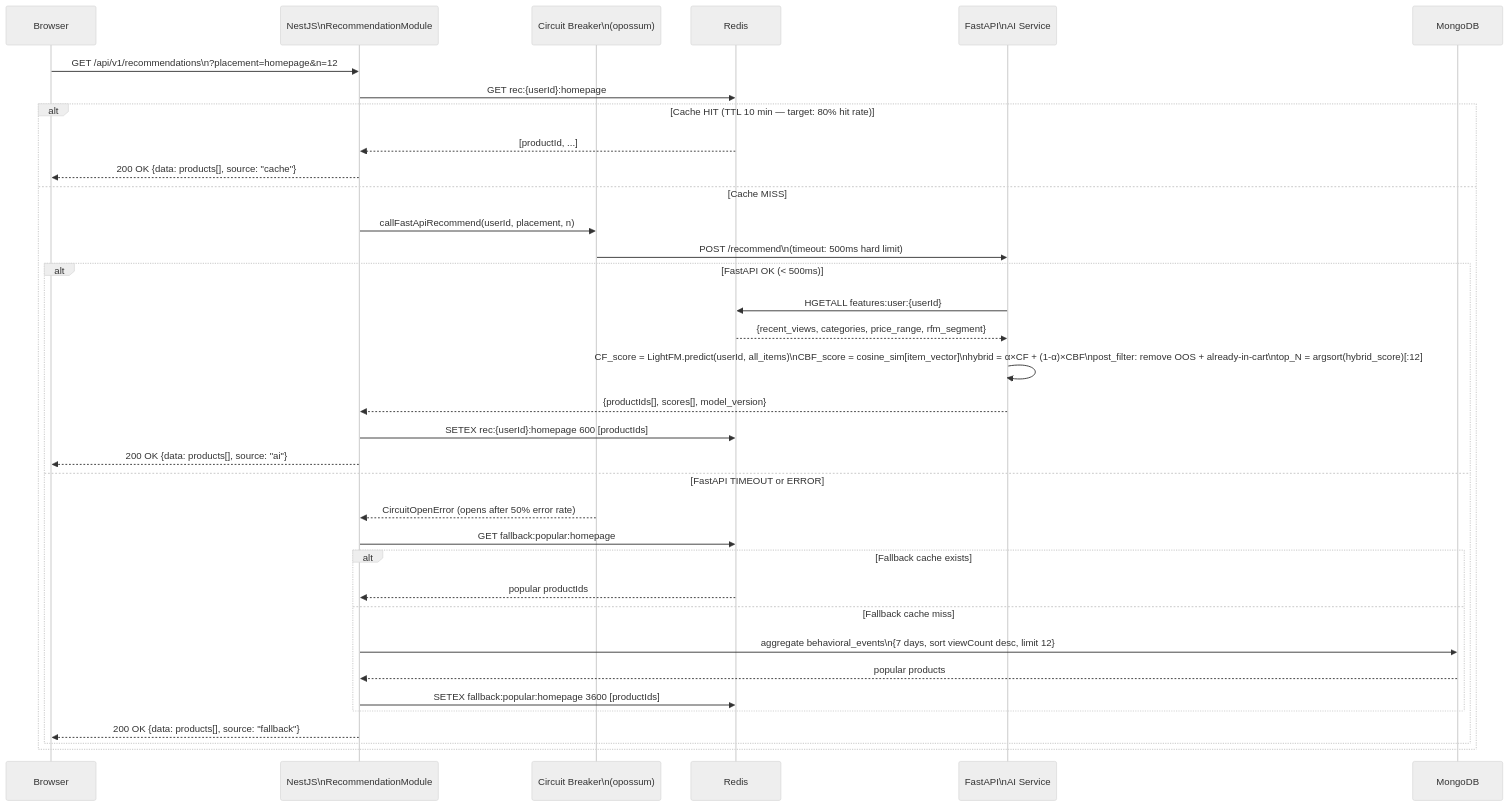
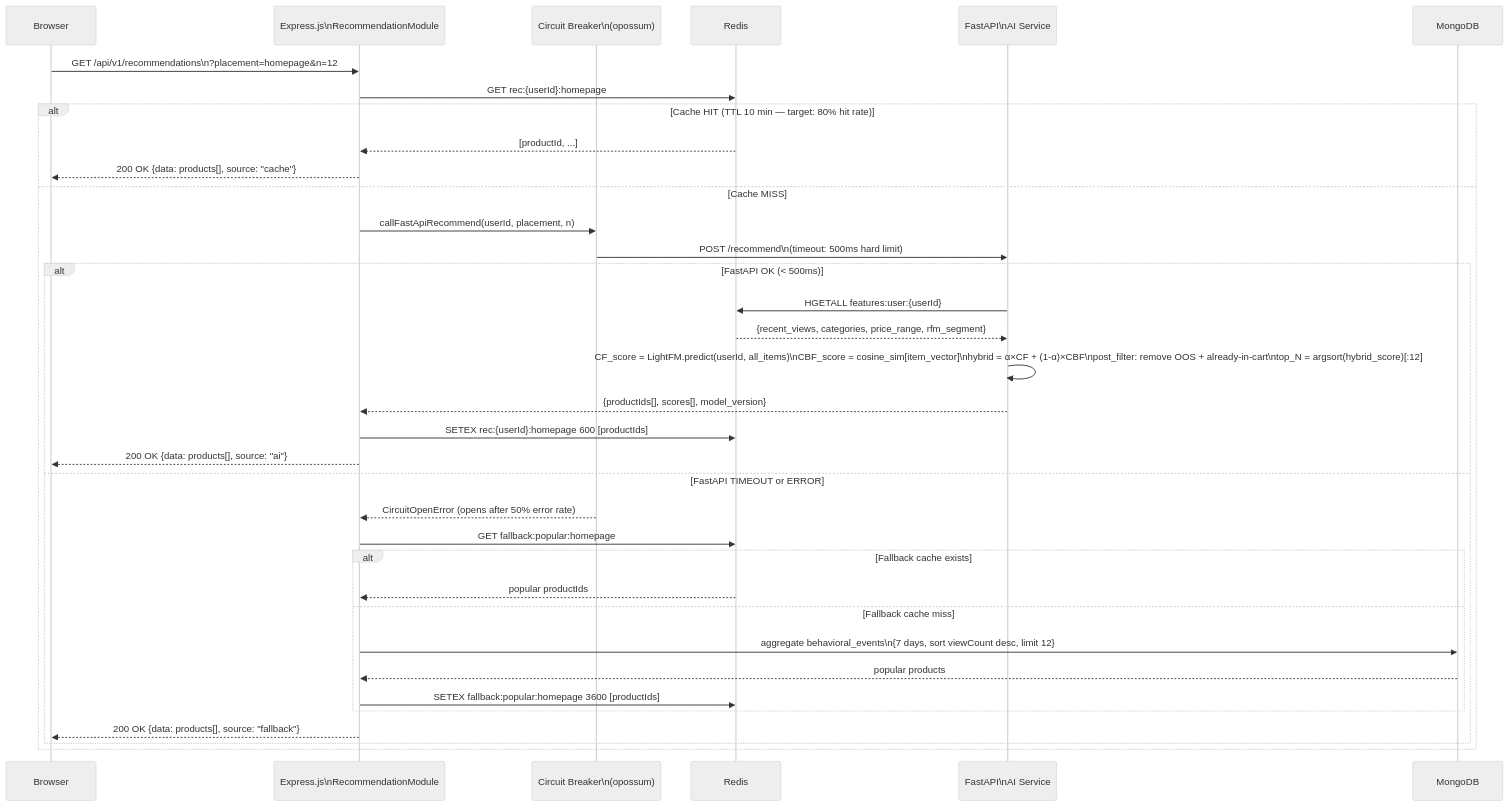
The fourth of 7 diagrams in docs/ARCHITECTURE.md (Neil-06-hub/SMART-ECOMMERCE-AI-SYSTEM-WORKFLOW-PUBLIC), drawn with Mermaid (neutral theme) before and after one commit. The commit also changed other lines of this file and 96 other files, not shown here.

````diff
--- a/docs/ARCHITECTURE.md
+++ b/docs/ARCHITECTURE.md
@@ -320,42 +320,42 @@
 ```mermaid
 sequenceDiagram
     participant Browser
-    participant NestJS as NestJS\nRecommendationModule
+    participant Express.js as Express.js\nRecommendationModule
     participant Circuit as Circuit Breaker\n(opossum)
     participant Redis
     participant FastAPI as FastAPI\nAI Service
     participant MongoDB
 
-    Browser->>NestJS: GET /api/v1/recommendations\n?placement=homepage&n=12
-    NestJS->>Redis: GET rec:{userId}:homepage
+    Browser->>Express.js: GET /api/v1/recommendations\n?placement=homepage&n=12
+    Express.js->>Redis: GET rec:{userId}:homepage
 
     alt Cache HIT (TTL 10 min — target: 80% hit rate)
-        Redis-->>NestJS: [productId, ...]
-        NestJS-->>Browser: 200 OK {data: products[], source: "cache"}
+        Redis-->>Express.js: [productId, ...]
+        Express.js-->>Browser: 200 OK {data: products[], source: "cache"}
 
     else Cache MISS
-        NestJS->>Circuit: callFastApiRecommend(userId, placement, n)
+        Express.js->>Circuit: callFastApiRecommend(userId, placement, n)
         Circuit->>FastAPI: POST /recommend\n(timeout: 500ms hard limit)
 
         alt FastAPI OK (< 500ms)
             FastAPI->>Redis: HGETALL features:user:{userId}
             Redis-->>FastAPI: {recent_views, categories, price_range, rfm_segment}
             FastAPI->>FastAPI: CF_score = LightFM.predict(userId, all_items)\nCBF_score = cosine_sim[item_vector]\nhybrid = α×CF + (1-α)×CBF\npost_filter: remove OOS + already-in-cart\ntop_N = argsort(hybrid_score)[:12]
-            FastAPI-->>NestJS: {productIds[], scores[], model_version}
-            NestJS->>Redis: SETEX rec:{userId}:homepage 600 [productIds]
-            NestJS-->>Browser: 200 OK {data: products[], source: "ai"}
+            FastAPI-->>Express.js: {productIds[], scores[], model_version}
+            Express.js->>Redis: SETEX rec:{userId}:homepage 600 [productIds]
+            Express.js-->>Browser: 200 OK {data: products[], source: "ai"}
 
         else FastAPI TIMEOUT or ERROR
-            Circuit-->>NestJS: CircuitOpenError (opens after 50% error rate)
-            NestJS->>Redis: GET fallback:popular:homepage
+            Circuit-->>Express.js: CircuitOpenError (opens after 50% error rate)
+            Express.js->>Redis: GET fallback:popular:homepage
             alt Fallback cache exists
-                Redis-->>NestJS: popular productIds
+                Redis-->>Express.js: popular productIds
             else Fallback cache miss
-                NestJS->>MongoDB: aggregate behavioral_events\n{7 days, sort viewCount desc, limit 12}
-                MongoDB-->>NestJS: popular products
-                NestJS->>Redis: SETEX fallback:popular:homepage 3600 [productIds]
+                Express.js->>MongoDB: aggregate behavioral_events\n{7 days, sort viewCount desc, limit 12}
+                MongoDB-->>Express.js: popular products
+                Express.js->>Redis: SETEX fallback:popular:homepage 3600 [productIds]
             end
-            NestJS-->>Browser: 200 OK {data: products[], source: "fallback"}
+            Express.js-->>Browser: 200 OK {data: products[], source: "fallback"}
         end
     end
 ```
````
